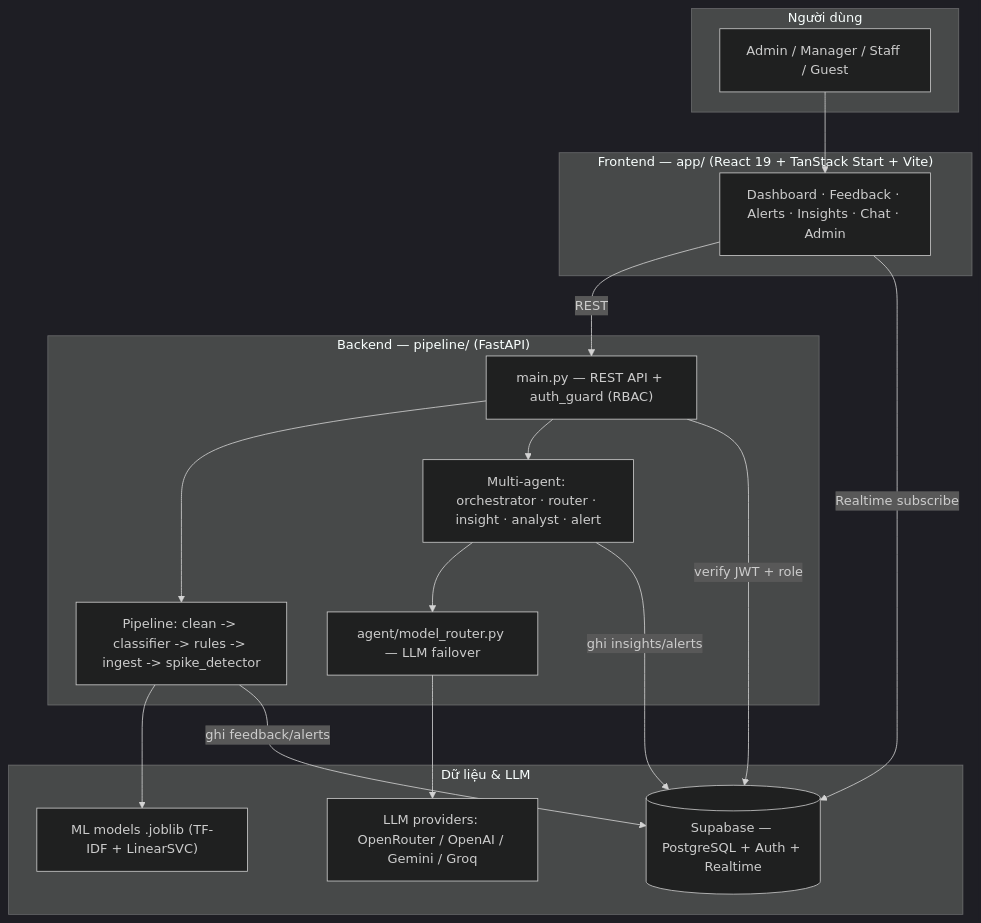
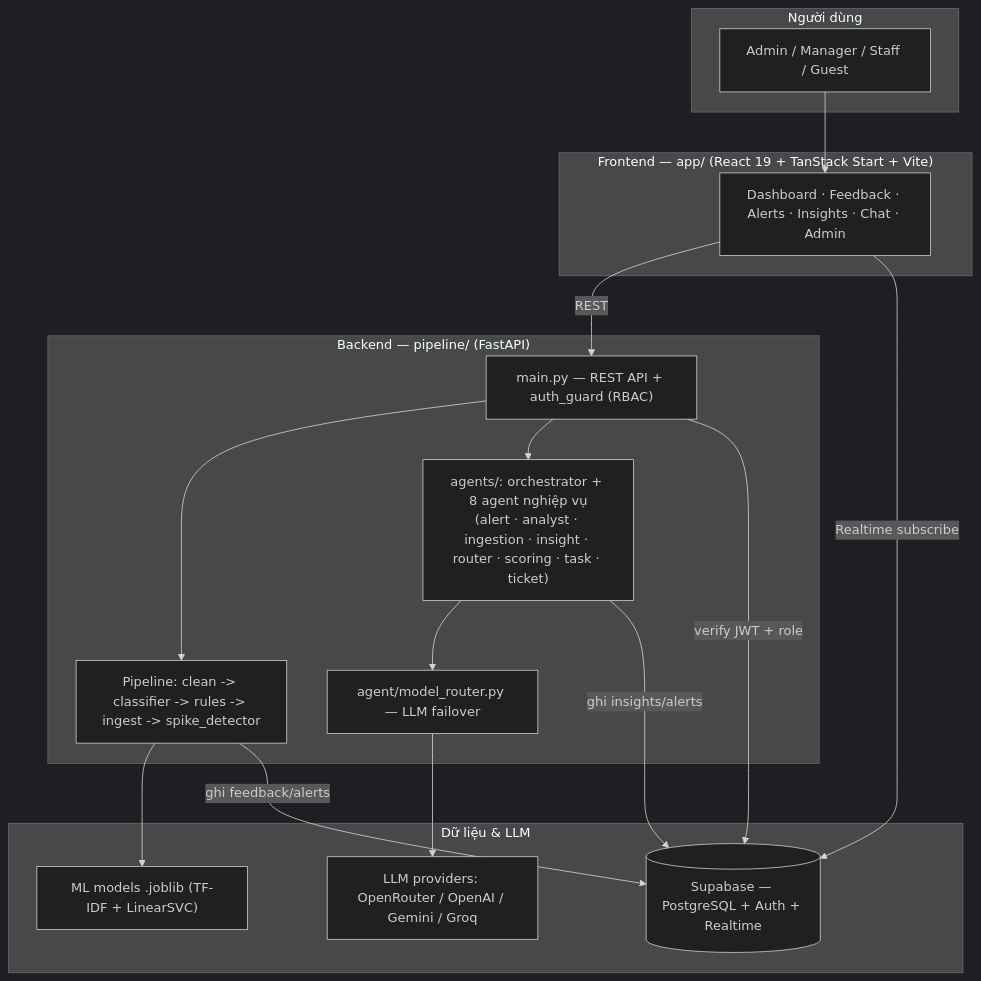
Before and after one commit to Kez-DE/AI-Quality-Intelligence-Platform: the first of 5 diagrams in docs/project/architecture-diagram.md, drawn with Mermaid (dark theme). The commit also changed other lines of this file and 2 other files, not shown here.

Commit message:
docs(arch): đồng bộ kiến trúc & luồng e2e với code (6 phòng, RAG hybrid, 8 agent)

````diff
--- a/docs/project/architecture-diagram.md
+++ b/docs/project/architecture-diagram.md
@@ -8,35 +10,35 @@
 ```mermaid
 flowchart TB
     subgraph Client["Người dùng"]
         U["Admin / Manager / Staff / Guest"]
     end
 
     subgraph FE["Frontend — app/ (React 19 + TanStack Start + Vite)"]
         UI["Dashboard · Feedback · Alerts · Insights · Chat · Admin"]
     end
 
     subgraph BE["Backend — pipeline/ (FastAPI)"]
         API["main.py — REST API + auth_guard (RBAC)"]
         PIPE["Pipeline: clean -> classifier -> rules -> ingest -> spike_detector"]
-        AG["Multi-agent: orchestrator · router · insight · analyst · alert"]
+        AG["agents/: orchestrator + 8 agent nghiệp vụ<br/>(alert · analyst · ingestion · insight · router · scoring · task · ticket)"]
         ROUTER["agent/model_router.py — LLM failover"]
     end
 
     subgraph DATA["Dữ liệu & LLM"]
         DB[("Supabase — PostgreSQL + Auth + Realtime")]
         LLM["LLM providers: OpenRouter / OpenAI / Gemini / Groq"]
         ML["ML models .joblib (TF-IDF + LinearSVC)"]
     end
 
     U --> UI
     UI -- REST --> API
     UI -- Realtime subscribe --> DB
     API --> PIPE
     API --> AG
     PIPE --> ML
     PIPE -- ghi feedback/alerts --> DB
     AG --> ROUTER
     ROUTER --> LLM
     AG -- ghi insights/alerts --> DB
     API -- verify JWT + role --> DB
 ```
````
